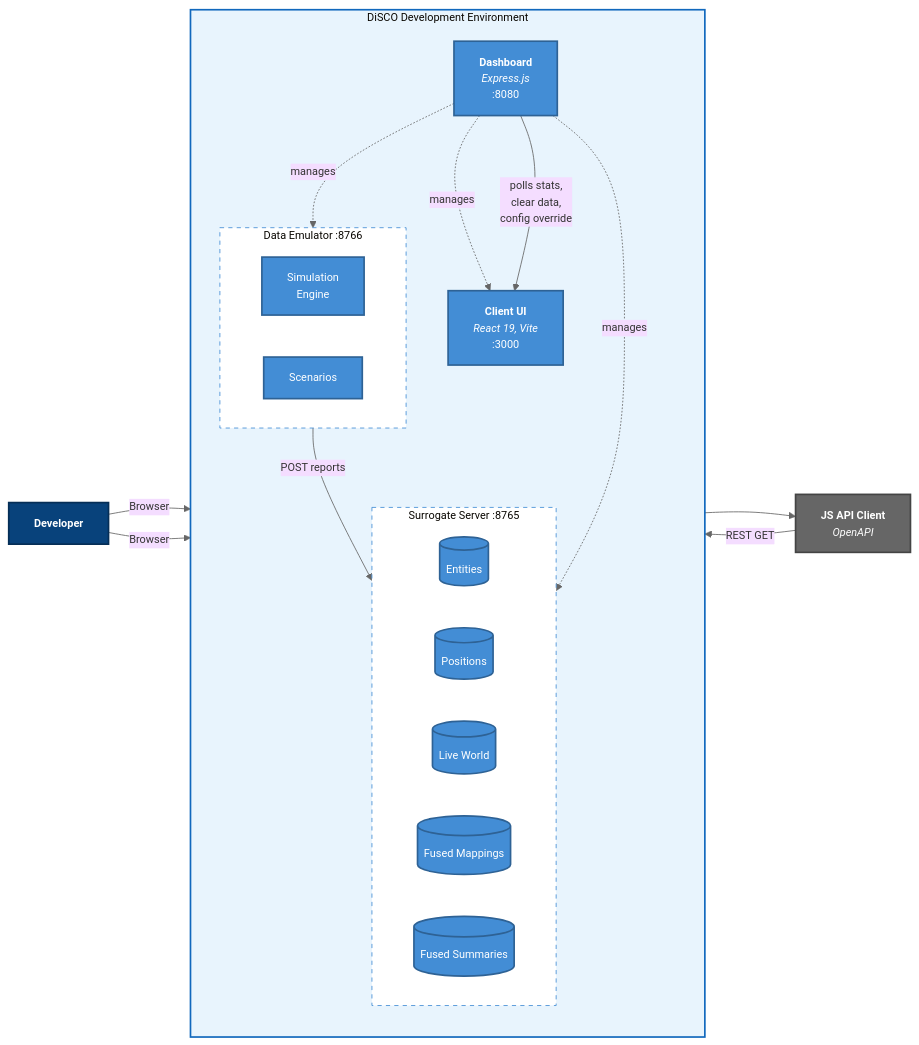
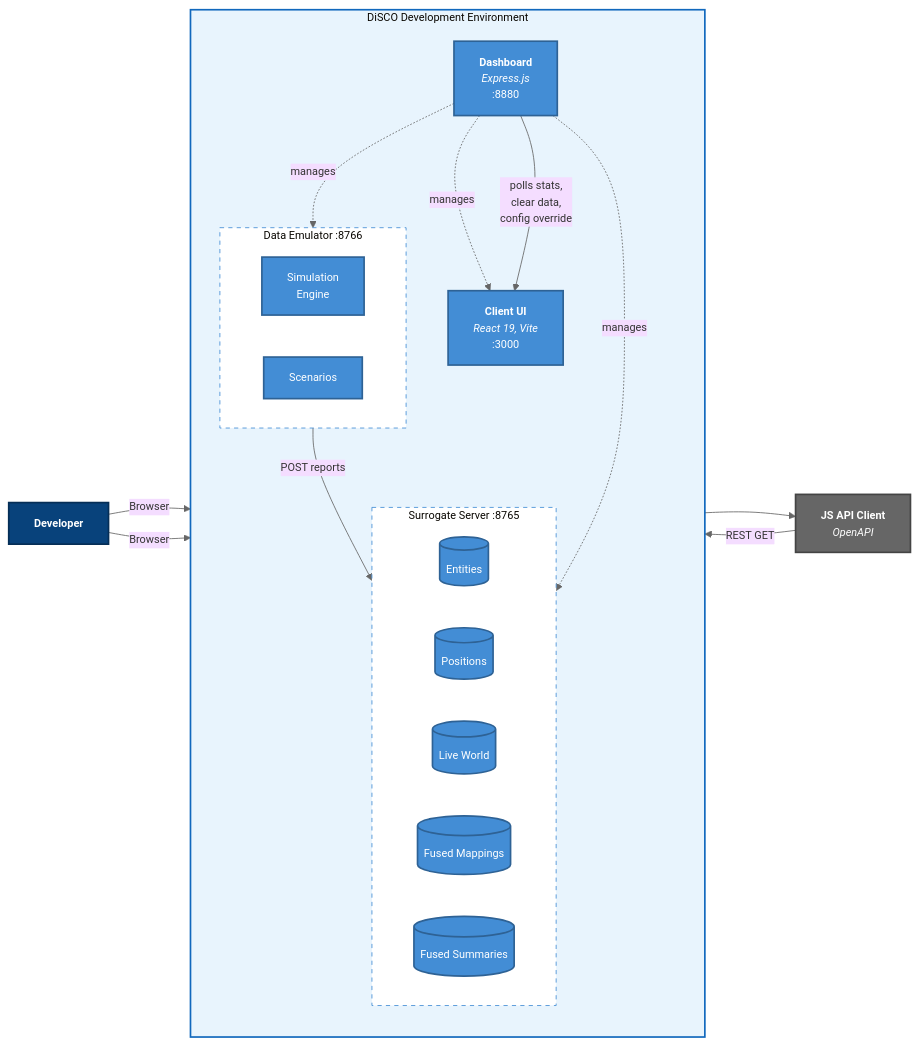
One commit to ericpauls/disco_workspace changed the second of 6 diagrams in docs/c4-architecture-diagram.md. Above: the diagram before and after it, drawn with Mermaid. The commit also changed other lines of this file and 7 other files, not shown here.

````diff
--- a/docs/c4-architecture-diagram.md
+++ b/docs/c4-architecture-diagram.md
@@ -50,51 +50,51 @@
 ```mermaid
 %%{init: {'theme': 'base', 'themeVariables': { 'lineColor': '#666', 'fontSize': '13px'}}}%%
 flowchart LR
     dev["<b>Developer</b>"]
 
     subgraph disco["&nbsp;&nbsp;DiSCO Development Environment&nbsp;&nbsp;"]
         direction TB
-        dash["<b>Dashboard</b><br/><i>Express.js</i><br/>:8080"]
+        dash["<b>Dashboard</b><br/><i>Express.js</i><br/>:8880"]
         client["<b>Client UI</b><br/><i>React 19, Vite</i><br/>:3000"]
 
         subgraph server["&nbsp;&nbsp;Surrogate Server :8765&nbsp;&nbsp;"]
             direction LR
             entity_db[("Entities")]
             pos_db[("Positions")]
             lw_db[("Live World")]
             fm_db[("Fused Mappings")]
             fs_db[("Fused Summaries")]
         end
 
         subgraph emulator["&nbsp;&nbsp;Data Emulator :8766&nbsp;&nbsp;"]
             sim["Simulation<br/>Engine"]
             scenarios["Scenarios"]
         end
     end
 
     js_client["<b>JS API Client</b><br/><i>OpenAPI</i>"]
 
     dev -->|Browser| dash
     dev -->|Browser| client
     client --> js_client
     js_client -->|REST GET| server
     emulator -->|POST reports| server
     dash -.->|manages| server
     dash -.->|manages| emulator
     dash -.->|manages| client
     dash -->|polls stats,<br/>clear data,<br/>config override| client
 
     classDef person fill:#08427B,stroke:#052E56,color:#fff,stroke-width:2px
     classDef container fill:#438DD5,stroke:#2E6295,color:#fff,stroke-width:2px
     classDef db fill:#438DD5,stroke:#2E6295,color:#fff,stroke-width:2px
     classDef ext fill:#666,stroke:#444,color:#fff,stroke-width:2px
     classDef boundary fill:#E8F4FD,stroke:#1168BD,stroke-width:2px
     classDef inner fill:#fff,stroke:#438DD5,stroke-width:1px,stroke-dasharray: 5 5
 
     class dev person
     class dash,client,sim,scenarios container
     class entity_db,pos_db,lw_db,fm_db,fs_db db
     class js_client ext
     class disco boundary
     class server,emulator inner
 ```
````
